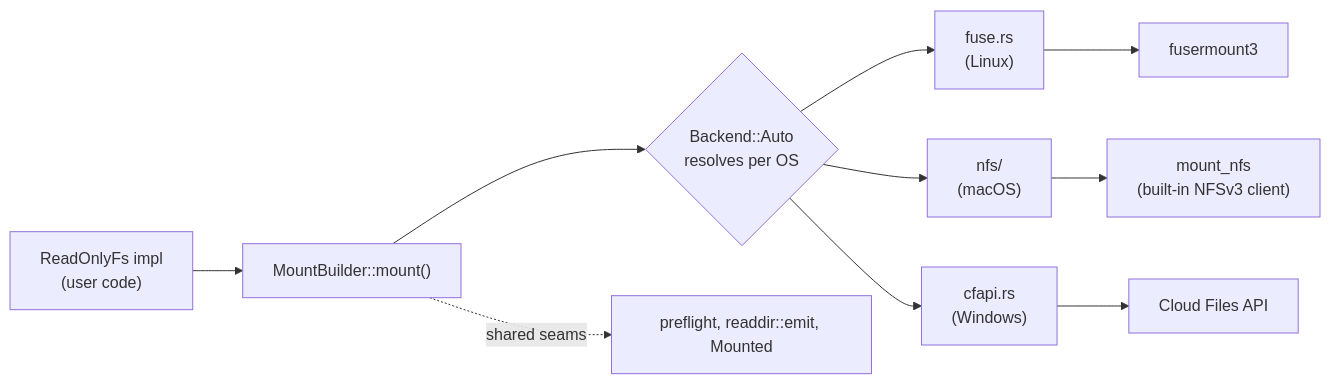
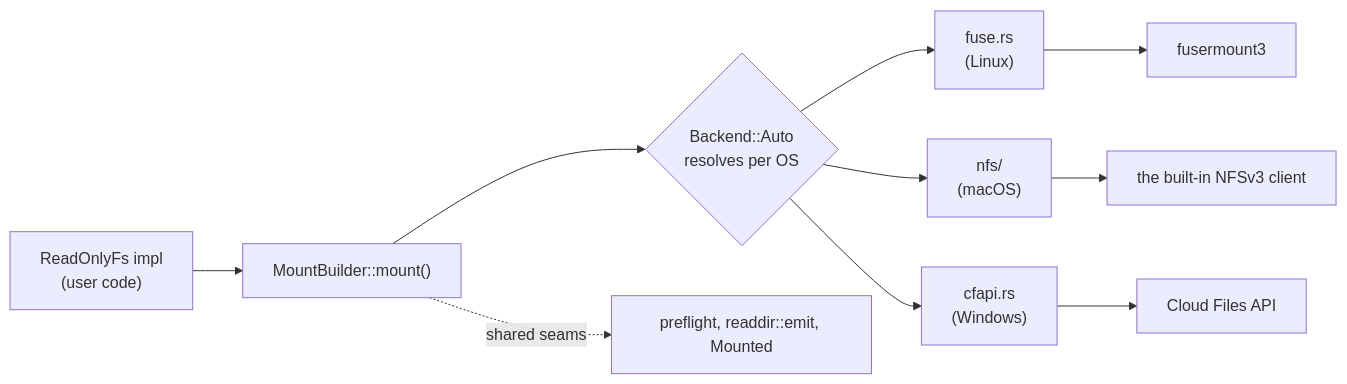
One commit to jrobhoward/anymount changed the first of 3 diagrams in docs/ARCHITECTURE.md. Above: the diagram before and after it, drawn with Mermaid. The commit also changed other lines of this file and 6 other files, not shown here.

````diff
--- a/docs/ARCHITECTURE.md
+++ b/docs/ARCHITECTURE.md
@@ -14,12 +14,12 @@
 ```mermaid
 flowchart LR
     A["ReadOnlyFs impl<br/>(user code)"] --> B["MountBuilder::mount()"]
     B --> C{"Backend::Auto<br/>resolves per OS"}
     C --> D["fuse.rs<br/>(Linux)"]
     C --> E["nfs/<br/>(macOS)"]
     C --> F["cfapi.rs<br/>(Windows)"]
     D --> G["fusermount3"]
-    E --> H["mount_nfs<br/>(built-in NFSv3 client)"]
+    E --> H["the built-in NFSv3 client"]
     F --> I["Cloud Files API"]
     B -.->|shared seams| J["preflight, readdir::emit, Mounted"]
 ```
````
